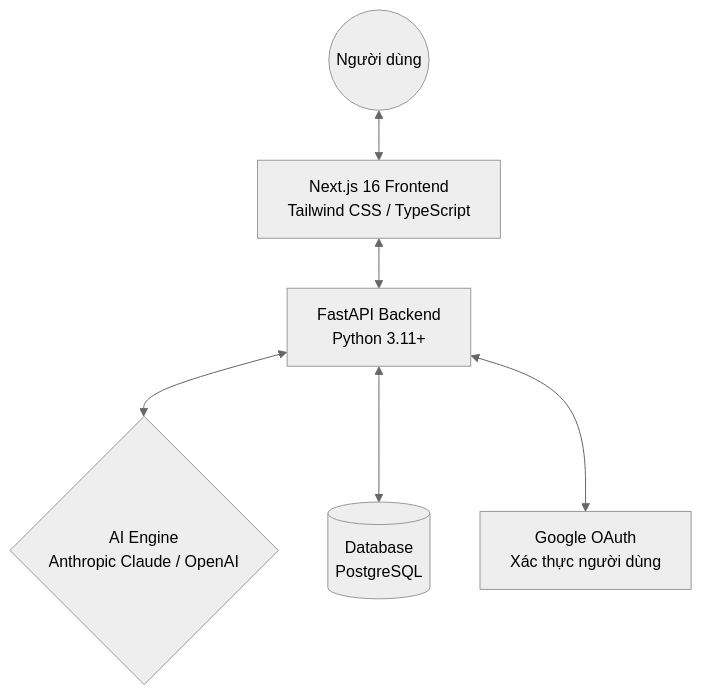
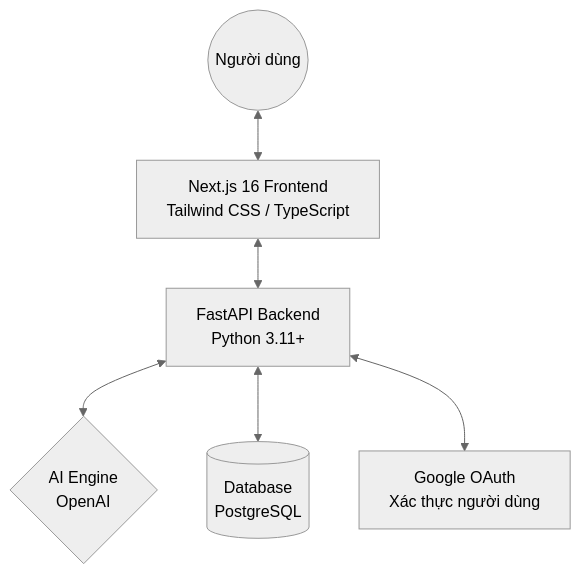
One commit to buicaochinh/VinUni-Memio-Flashcard changed the first of 4 diagrams in docs/diagrams.md. Above: the diagram before and after it, drawn with Mermaid (neutral theme). The commit also changed other lines of this file and 6 other files, not shown here.

````diff
--- a/docs/diagrams.md
+++ b/docs/diagrams.md
@@ -9,8 +9,8 @@
 ```mermaid
 graph TD
     User((Người dùng)) <--> Frontend[Next.js 16 Frontend<br/>Tailwind CSS / TypeScript]
     Frontend <--> API[FastAPI Backend<br/>Python 3.11+]
-    API <--> LLM{AI Engine<br/>Anthropic Claude / OpenAI}
+    API <--> LLM{AI Engine<br/>OpenAI}
     API <--> DB[(Database<br/>PostgreSQL)]
     API <--> Auth[Google OAuth<br/>Xác thực người dùng]
 ```
````
